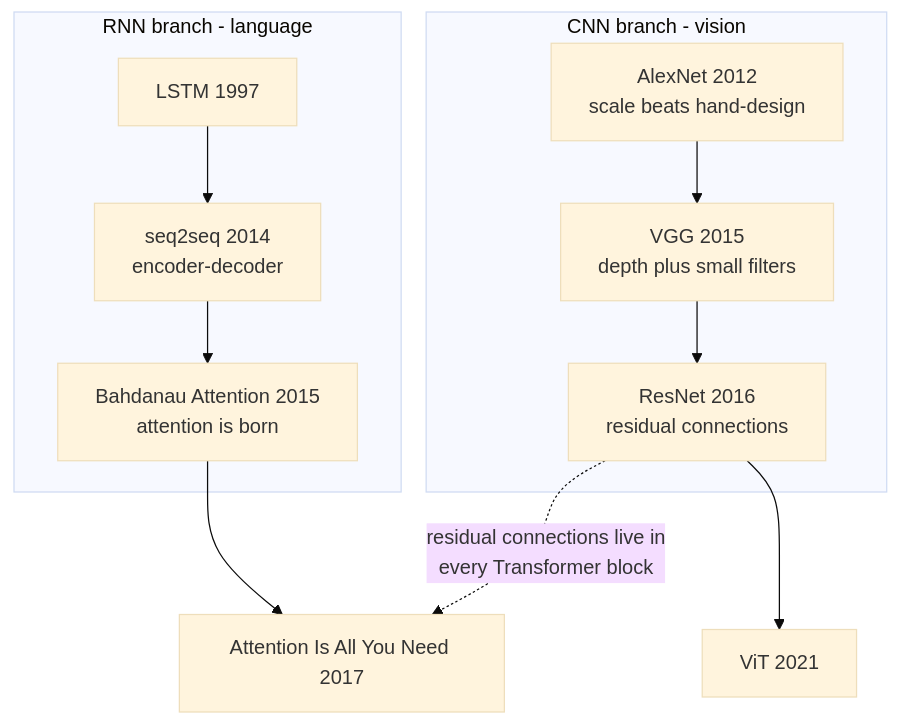
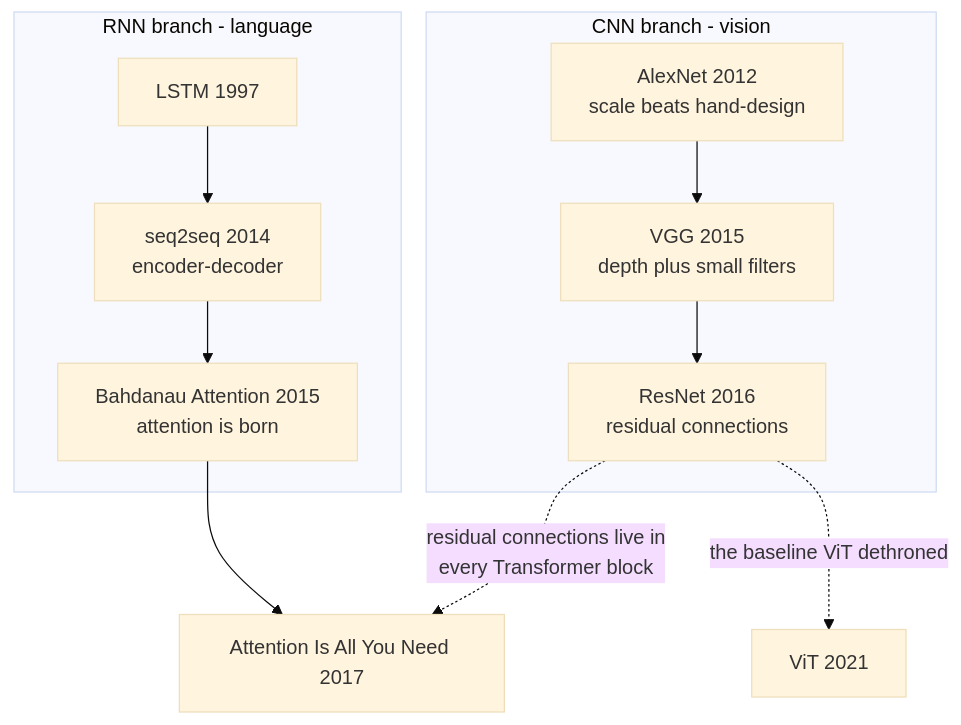
The second of 12 diagrams in content/03-deep-learning/lineage.md (jiseop-byeon/phd-wiki), drawn with Mermaid (base theme) before and after one commit. The commit also changed other lines of this file, not shown here.

````diff
--- a/content/03-deep-learning/lineage.md
+++ b/content/03-deep-learning/lineage.md
@@ -43,14 +43,14 @@
 ```mermaid
 graph TD
     subgraph CNNEN["CNN branch - vision"]
     AlexNetE["AlexNet 2012<br/>scale beats hand-design"] --> VGGE["VGG 2015<br/>depth plus small filters"]
     VGGE --> ResNetE["ResNet 2016<br/>residual connections"]
     end
     subgraph RNNEN["RNN branch - language"]
     LSTME["LSTM 1997"] --> S2SE["seq2seq 2014<br/>encoder-decoder"]
     S2SE --> BahdanauE["Bahdanau Attention 2015<br/>attention is born"]
     end
     BahdanauE --> TE["Attention Is All You Need 2017"]
     ResNetE -."residual connections live in<br/>every Transformer block".-> TE
-    ResNetE --> ViTE2["ViT 2021"]
+    ResNetE -."the baseline ViT dethroned".-> ViTE2["ViT 2021"]
 ```
````
